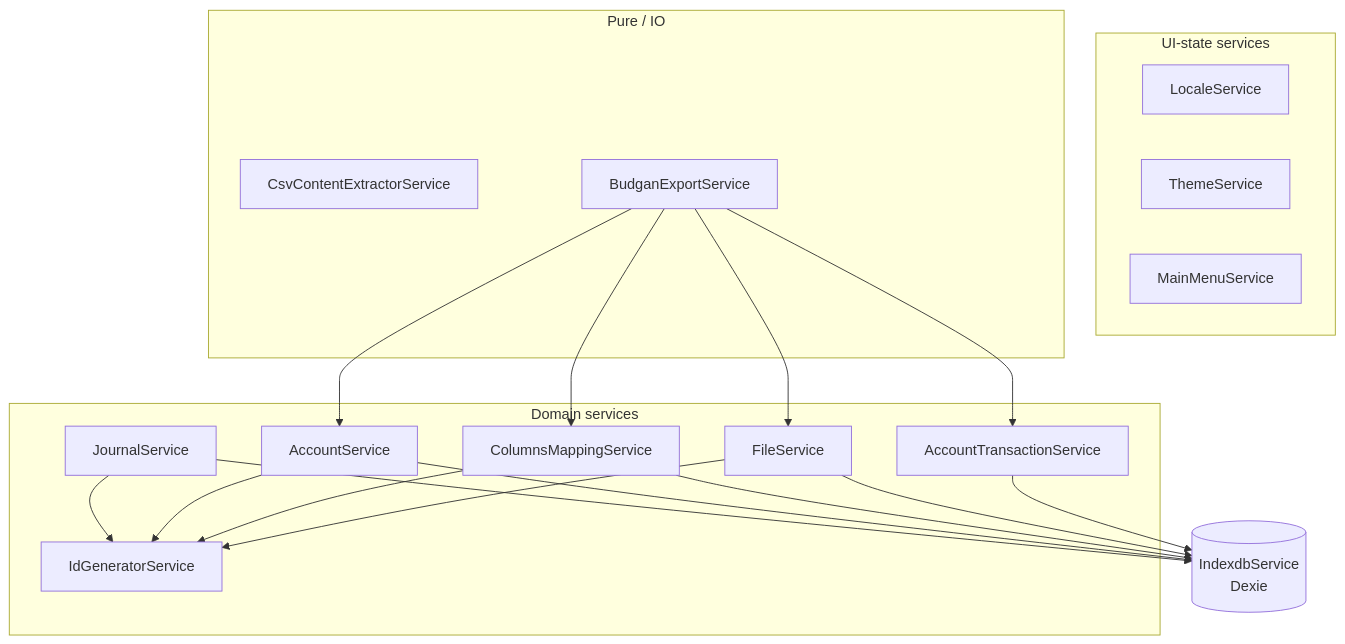
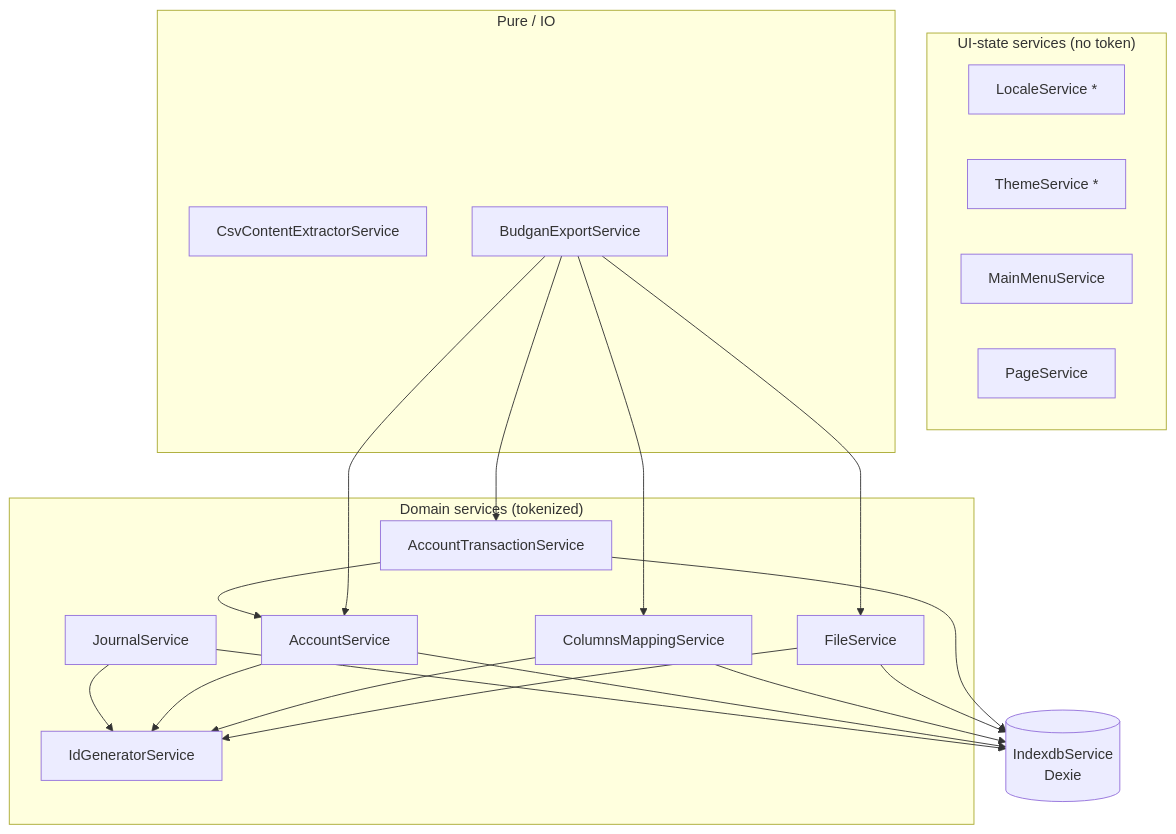
One commit to cobreti/Budgan changed the fifth of 11 diagrams in Doc/Architecture.md. Above: the diagram before and after it, drawn with Mermaid. The commit also changed other lines of this file and 24 other files, not shown here.

````diff
--- a/Doc/Architecture.md
+++ b/Doc/Architecture.md
@@ -260,40 +317,42 @@
 ```mermaid
 flowchart TD
-    subgraph UIState["UI-state services"]
-        LocaleSvc[LocaleService]
-        ThemeSvc[ThemeService]
+    subgraph UIState["UI-state services (no token)"]
+        LocaleSvc[LocaleService *]
+        ThemeSvc[ThemeService *]
         MenuSvc[MainMenuService]
+        PageSvc[PageService]
     end
 
-    subgraph Domain["Domain services"]
+    subgraph Domain["Domain services (tokenized)"]
         IdGen[IdGeneratorService]
         Journal[JournalService]
         Account[AccountService]
         Mapping[ColumnsMappingService]
         FileSvc[FileService]
         Tx[AccountTransactionService]
     end
 
     subgraph Pure["Pure / IO"]
         Csv[CsvContentExtractorService]
         Export[BudganExportService]
     end
 
     IndexDB[(IndexdbService<br/>Dexie)]
 
     Journal --> IdGen
     Account --> IdGen
     Mapping --> IdGen
     FileSvc --> IdGen
 
     Journal --> IndexDB
     Account --> IndexDB
     Mapping --> IndexDB
     FileSvc --> IndexDB
     Tx --> IndexDB
+    Tx --> Account
 
     Export --> Account
     Export --> Mapping
     Export --> FileSvc
     Export --> Tx
 ```
````
